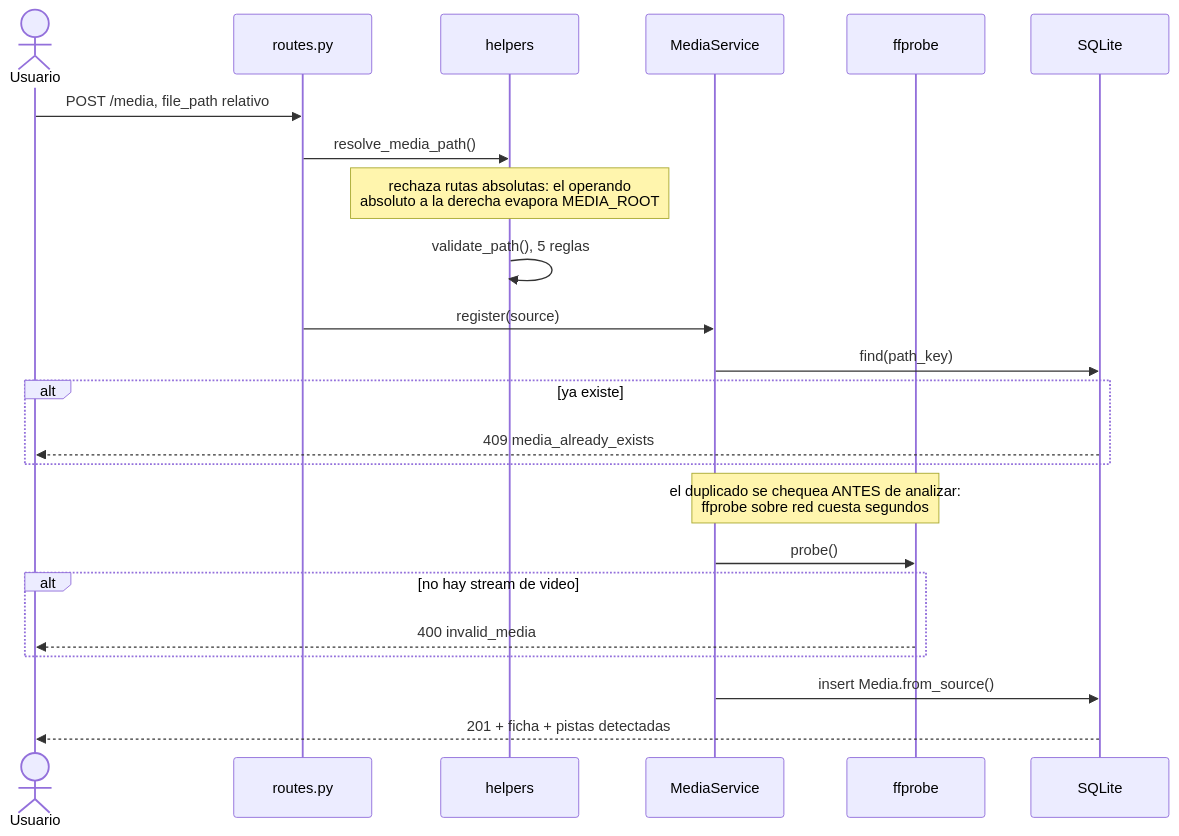
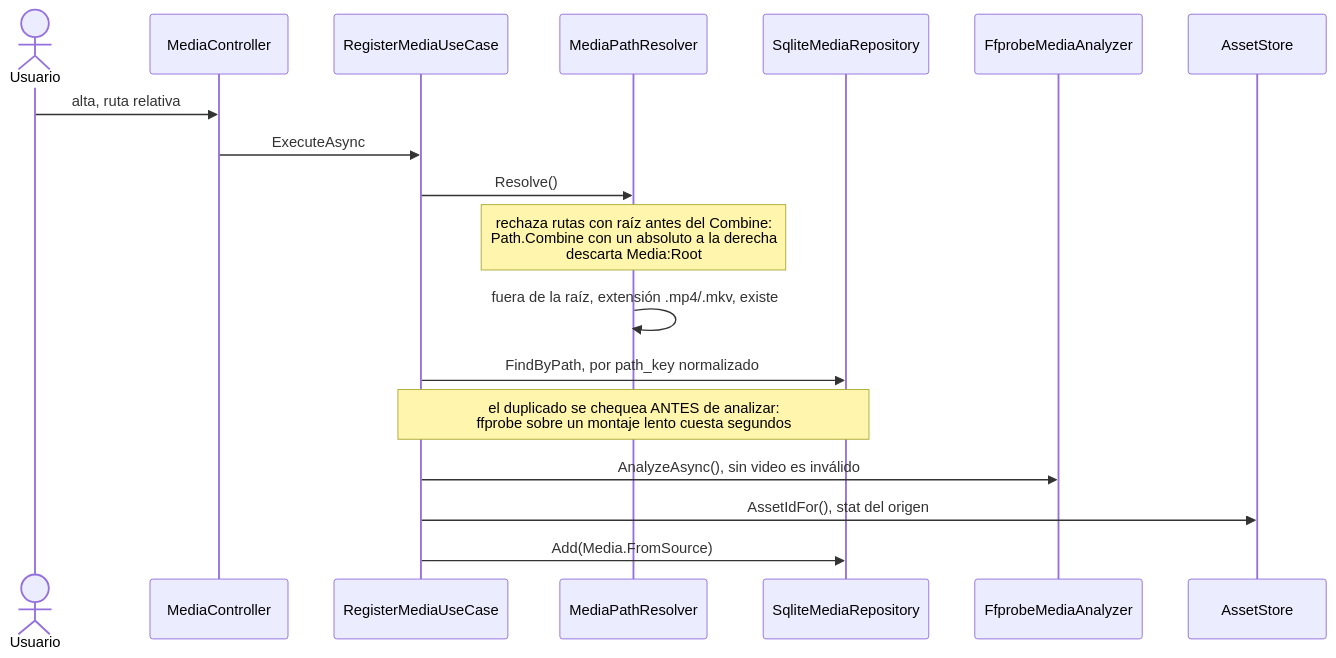
One commit to Juan045/home-stream-app changed the fifth of 15 diagrams in system_arquitecture.md. Above: the diagram before and after it, drawn with Mermaid. The commit also changed other lines of this file and 8 other files, not shown here.

````diff
--- a/system_arquitecture.md
+++ b/system_arquitecture.md
@@ -304,26 +364,21 @@
 ```mermaid
 sequenceDiagram
     actor U as Usuario
-    participant API as routes.py
-    participant H as helpers
-    participant MS as MediaService
-    participant FP as ffprobe
-    participant DB as SQLite
+    participant C as MediaController
+    participant R as RegisterMediaUseCase
+    participant P as MediaPathResolver
+    participant DB as SqliteMediaRepository
+    participant FP as FfprobeMediaAnalyzer
+    participant S as AssetStore
 
-    U->>API: POST /media, file_path relativo
-    API->>H: resolve_media_path()
-    Note over H: rechaza rutas absolutas: el operando<br/>absoluto a la derecha evapora MEDIA_ROOT
-    H->>H: validate_path(), 5 reglas
-    API->>MS: register(source)
-    MS->>DB: find(path_key)
-    alt ya existe
-        DB-->>U: 409 media_already_exists
-    end
-    Note over MS,FP: el duplicado se chequea ANTES de analizar:<br/>ffprobe sobre red cuesta segundos
-    MS->>FP: probe()
-    alt no hay stream de video
-        FP-->>U: 400 invalid_media
-    end
-    MS->>DB: insert Media.from_source()
-    DB-->>U: 201 + ficha + pistas detectadas
+    U->>C: alta, ruta relativa
+    C->>R: ExecuteAsync
+    R->>P: Resolve()
+    Note over P: rechaza rutas con raíz antes del Combine:<br/>Path.Combine con un absoluto a la derecha<br/>descarta Media:Root
+    P->>P: fuera de la raíz, extensión .mp4/.mkv, existe
+    R->>DB: FindByPath, por path_key normalizado
+    Note over R,DB: el duplicado se chequea ANTES de analizar:<br/>ffprobe sobre un montaje lento cuesta segundos
+    R->>FP: AnalyzeAsync(), sin video es inválido
+    R->>S: AssetIdFor(), stat del origen
+    R->>DB: Add(Media.FromSource)
 ```
````
